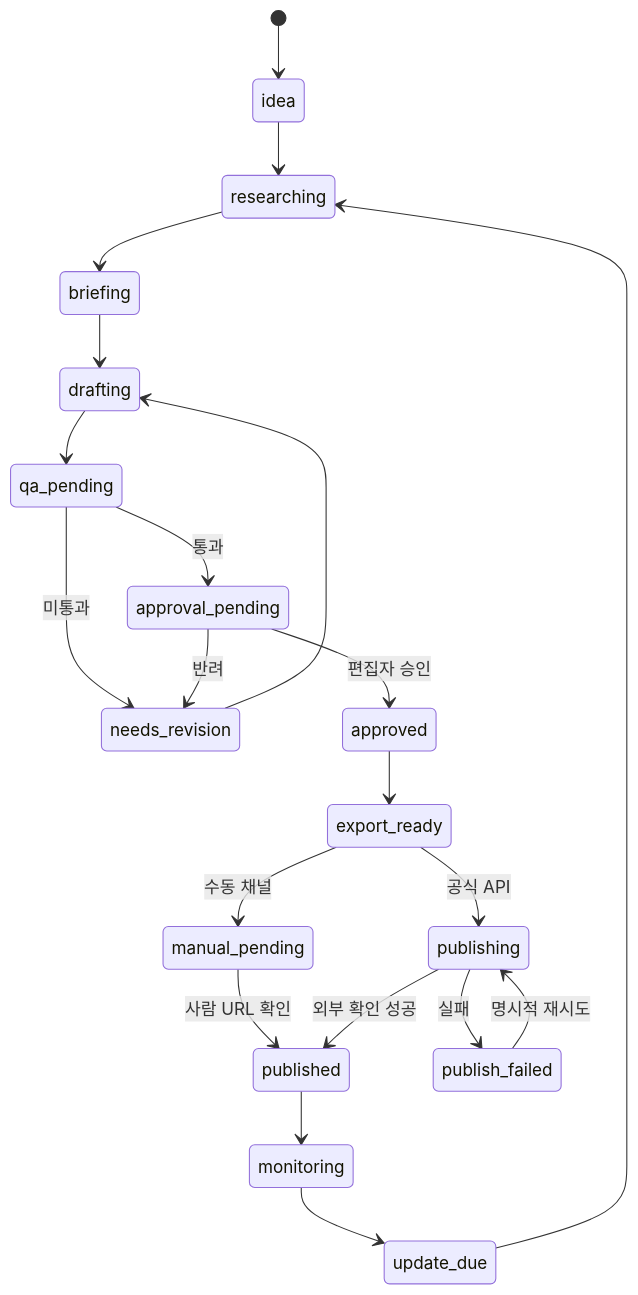
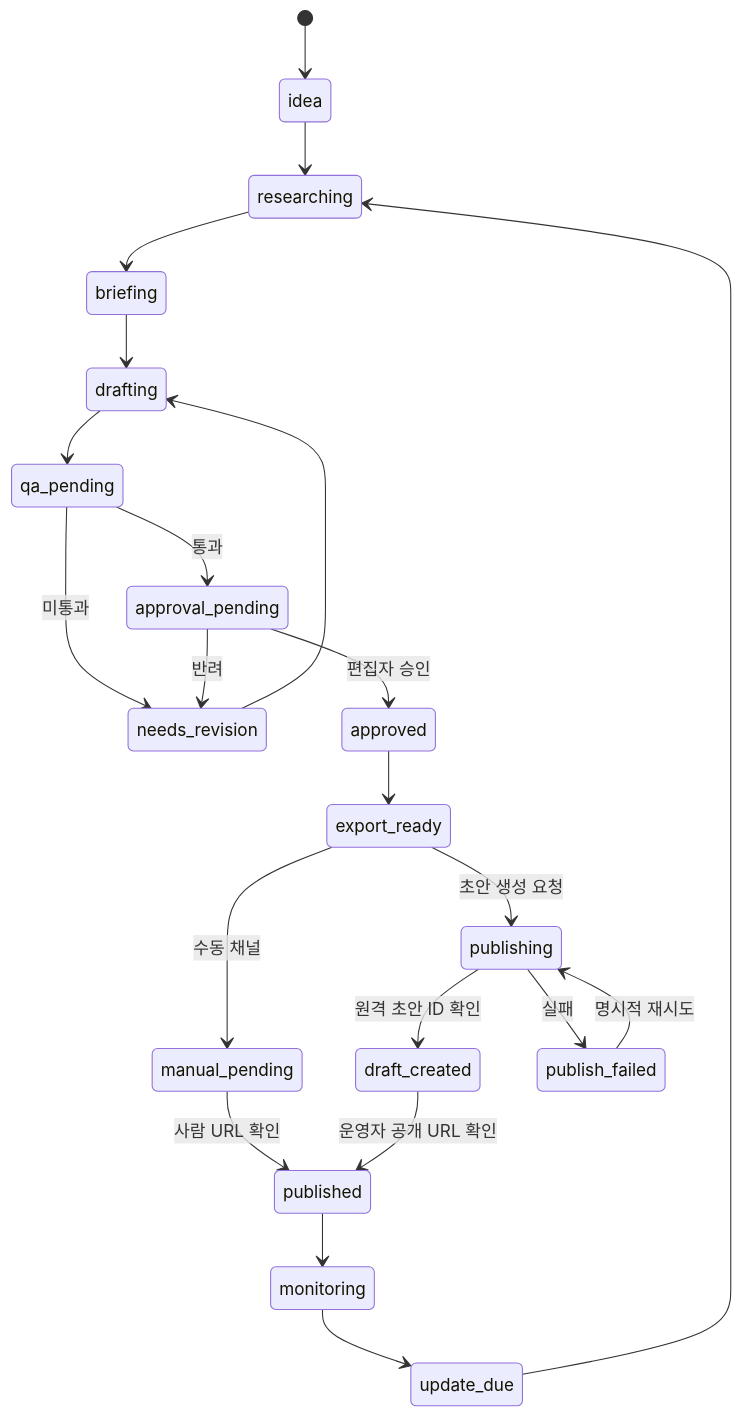
One commit to DevOps0906/ContentFlow-AI-V2.0 changed the diagram in docs/01-planning/PRD.md. Above: the diagram before and after it, drawn with Mermaid. The commit also changed other lines of this file and 9 other files, not shown here.

Commit message:
docs: update PRD v2.1, monetization strategy, architecture and README

````diff
--- a/docs/01-planning/PRD.md
+++ b/docs/01-planning/PRD.md
@@ -14,23 +20,24 @@
 ```mermaid
 stateDiagram-v2
  [*] --> idea
  idea --> researching
  researching --> briefing
  briefing --> drafting
  drafting --> qa_pending
  qa_pending --> needs_revision: 미통과
  needs_revision --> drafting
  qa_pending --> approval_pending: 통과
  approval_pending --> approved: 편집자 승인
  approval_pending --> needs_revision: 반려
  approved --> export_ready
- export_ready --> publishing: 공식 API
+ export_ready --> publishing: 초안 생성 요청
  export_ready --> manual_pending: 수동 채널
  manual_pending --> published: 사람 URL 확인
- publishing --> published: 외부 확인 성공
+ publishing --> draft_created: 원격 초안 ID 확인
+ draft_created --> published: 운영자 공개 URL 확인
  publishing --> publish_failed: 실패
  publish_failed --> publishing: 명시적 재시도
  published --> monitoring
  monitoring --> update_due
  update_due --> researching
 ```
````
